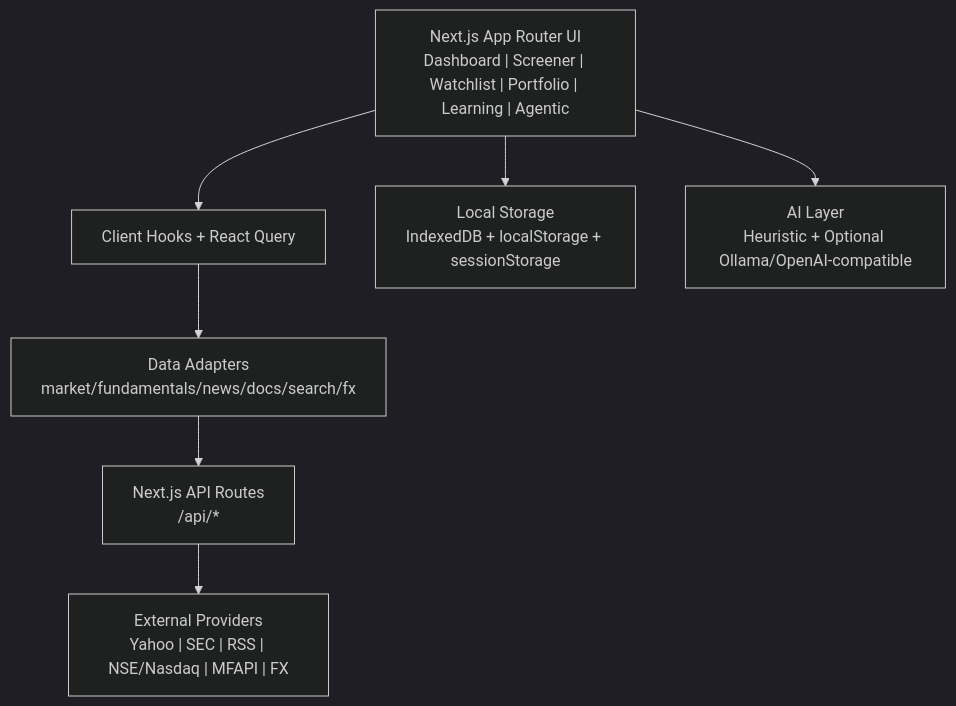
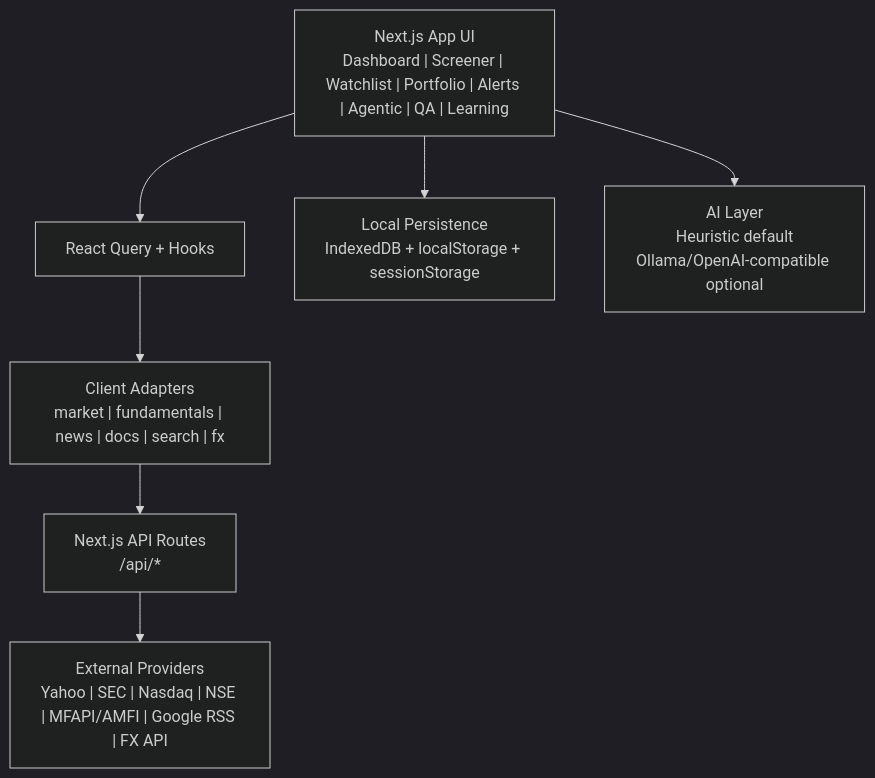
Before and after one commit to JasmitaChandran/StockMetrics: the diagram in README.md, drawn with Mermaid (dark theme). The commit also changed other lines of this file, not shown here.

````diff
--- a/README.md
+++ b/README.md
@@ -123,17 +169,17 @@
 ```mermaid
 flowchart TB
-  UI["Next.js App Router UI\nDashboard | Screener | Watchlist | Portfolio | Learning | Agentic"]
-  Hooks["Client Hooks + React Query"]
-  Adapters["Data Adapters\nmarket/fundamentals/news/docs/search/fx"]
-  Routes["Next.js API Routes\n/api/*"]
-  Providers["External Providers\nYahoo | SEC | RSS | NSE/Nasdaq | MFAPI | FX"]
-  Local["Local Storage\nIndexedDB + localStorage + sessionStorage"]
-  AI["AI Layer\nHeuristic + Optional Ollama/OpenAI-compatible"]
+  UI["Next.js App UI\nDashboard | Screener | Watchlist | Portfolio | Alerts | Agentic | QA | Learning"]
+  Hooks["React Query + Hooks"]
+  Adapters["Client Adapters\nmarket | fundamentals | news | docs | search | fx"]
+  API["Next.js API Routes\n/api/*"]
+  Providers["External Providers\nYahoo | SEC | Nasdaq | NSE | MFAPI/AMFI | Google RSS | FX API"]
+  Local["Local Persistence\nIndexedDB + localStorage + sessionStorage"]
+  AI["AI Layer\nHeuristic default\nOllama/OpenAI-compatible optional"]
 
   UI --> Hooks
   Hooks --> Adapters
-  Adapters --> Routes
-  Routes --> Providers
+  Adapters --> API
+  API --> Providers
   UI --> Local
   UI --> AI
 ```
````
